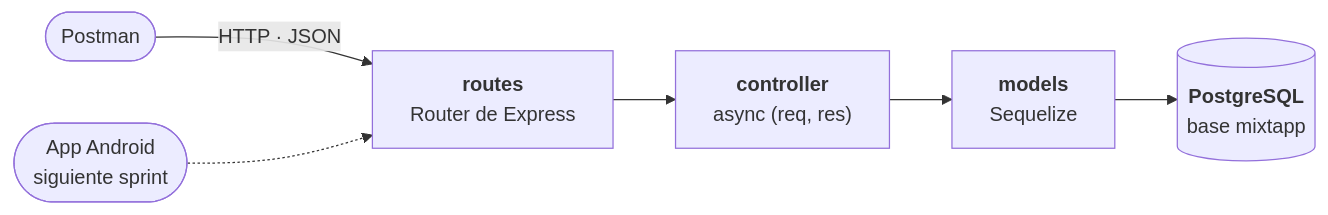
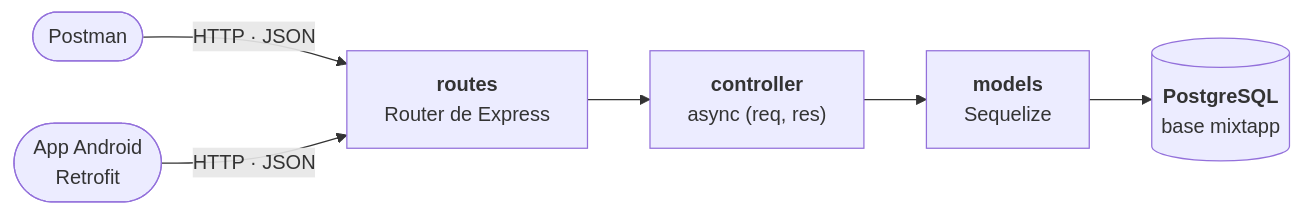
One commit to AndresContreras1/mixtapp-backend changed the second of 2 diagrams in README.md. Above: the diagram before and after it, drawn with Mermaid. The commit also changed other lines of this file, not shown here.

Commit message:
docs: readme con los cambios del sprint 9

````diff
--- a/README.md
+++ b/README.md
@@ -73,8 +75,8 @@
 ```mermaid
 flowchart LR
     P(["Postman"]) -- "HTTP · JSON" --> R["<b>routes</b><br/>Router de Express"]
-    A(["App Android<br/>siguiente sprint"]) -.-> R
+    A(["App Android<br/>Retrofit"]) -- "HTTP · JSON" --> R
     R --> C["<b>controller</b><br/>async (req, res)"]
     C --> M["<b>models</b><br/>Sequelize"]
     M --> D[("<b>PostgreSQL</b><br/>base mixtapp")]
 ```
````
